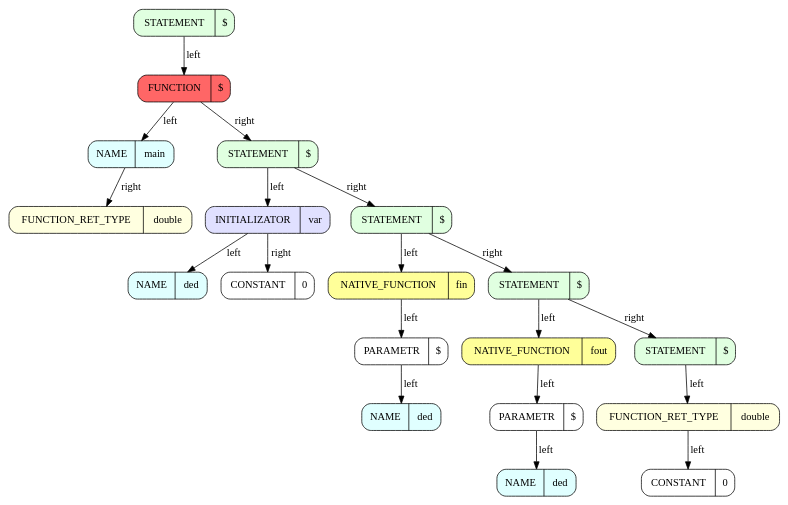
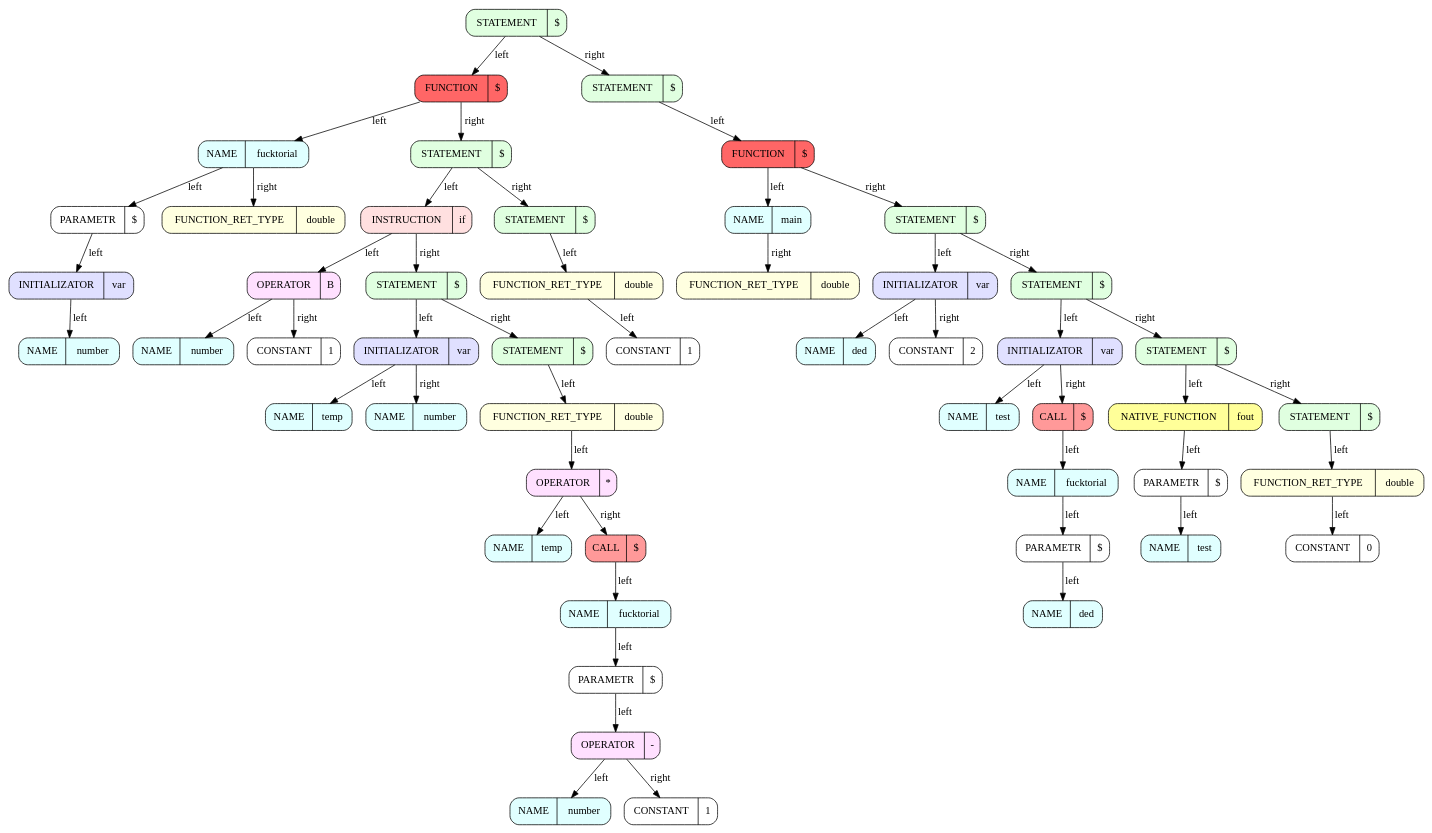
Before and after one commit to ArsenySamoylov/Asm: the diagram in x86BackEnd/BackEnd/graphics/dot/kek_back_End.dot, drawn with Graphviz. The commit also changed 21 other files, not shown here.

```diff
--- a/x86BackEnd/BackEnd/graphics/dot/kek_back_End.dot
+++ b/x86BackEnd/BackEnd/graphics/dot/kek_back_End.dot
@@ -1,44 +1,108 @@
 ########################################################### SetDot
 digraph 
 {
 rankdir = TB # RANKDIR
-		node_0x556dad299260 [style = filled, fillcolor = "#E0FFE0", shape = Mrecord label =  "STATEMENT | {$}"]
-		node_0x556dad299298 [style = filled, fillcolor = "#FF6666", shape = Mrecord label =  "FUNCTION | {$}"]
-		node_0x556dad2992d0 [style = filled, fillcolor = "#E0FFFF", shape = Mrecord label =  "NAME | {main}"]
-		node_0x556dad299308 [style = filled, fillcolor = "#FFFFE0", shape = Mrecord label =  "FUNCTION_RET_TYPE | {double}"]
-		node_0x556dad2992d0 -> node_0x556dad299308 [label = "right"]
-		node_0x556dad299298 -> node_0x556dad2992d0 [label = "left"]
-		node_0x556dad299340 [style = filled, fillcolor = "#E0FFE0", shape = Mrecord label =  "STATEMENT | {$}"]
-		node_0x556dad299378 [style = filled, fillcolor = "#E0E0FF", shape = Mrecord label =  "INITIALIZATOR | {var}"]
-		node_0x556dad2993b0 [style = filled, fillcolor = "#E0FFFF", shape = Mrecord label =  "NAME | {ded}"]
-		node_0x556dad299378 -> node_0x556dad2993b0 [label = "left"]
-		node_0x556dad2993e8 [style = filled, fillcolor = "#FFFFFF", shape = Mrecord label =  "CONSTANT | {0}"]
-		node_0x556dad299378 -> node_0x556dad2993e8 [label = "right"]
-		node_0x556dad299340 -> node_0x556dad299378 [label = "left"]
-		node_0x556dad299420 [style = filled, fillcolor = "#E0FFE0", shape = Mrecord label =  "STATEMENT | {$}"]
-		node_0x556dad299458 [style = filled, fillcolor = "#FFFF99", shape = Mrecord label =  "NATIVE_FUNCTION | {fin}"]
-		node_0x556dad299490 [style = filled, fillcolor = "#FFFFFF", shape = Mrecord label =  "PARAMETR | {$}"]
-		node_0x556dad2994c8 [style = filled, fillcolor = "#E0FFFF", shape = Mrecord label =  "NAME | {ded}"]
-		node_0x556dad299490 -> node_0x556dad2994c8 [label = "left"]
-		node_0x556dad299458 -> node_0x556dad299490 [label = "left"]
-		node_0x556dad299420 -> node_0x556dad299458 [label = "left"]
-		node_0x556dad299500 [style = filled, fillcolor = "#E0FFE0", shape = Mrecord label =  "STATEMENT | {$}"]
-		node_0x556dad299538 [style = filled, fillcolor = "#FFFF99", shape = Mrecord label =  "NATIVE_FUNCTION | {fout}"]
-		node_0x556dad299570 [style = filled, fillcolor = "#FFFFFF", shape = Mrecord label =  "PARAMETR | {$}"]
-		node_0x556dad2995a8 [style = filled, fillcolor = "#E0FFFF", shape = Mrecord label =  "NAME | {ded}"]
-		node_0x556dad299570 -> node_0x556dad2995a8 [label = "left"]
-		node_0x556dad299538 -> node_0x556dad299570 [label = "left"]
-		node_0x556dad299500 -> node_0x556dad299538 [label = "left"]
-		node_0x556dad2995e0 [style = filled, fillcolor = "#E0FFE0", shape = Mrecord label =  "STATEMENT | {$}"]
-		node_0x556dad299618 [style = filled, fillcolor = "#FFFFE0", shape = Mrecord label =  "FUNCTION_RET_TYPE | {double}"]
-		node_0x556dad299650 [style = filled, fillcolor = "#FFFFFF", shape = Mrecord label =  "CONSTANT | {0}"]
-		node_0x556dad299618 -> node_0x556dad299650 [label = "left"]
-		node_0x556dad2995e0 -> node_0x556dad299618 [label = "left"]
-		node_0x556dad299500 -> node_0x556dad2995e0 [label = "right"]
-		node_0x556dad299420 -> node_0x556dad299500 [label = "right"]
-		node_0x556dad299340 -> node_0x556dad299420 [label = "right"]
-		node_0x556dad299298 -> node_0x556dad299340 [label = "right"]
-		node_0x556dad299260 -> node_0x556dad299298 [label = "left"]
+		node_0x558d62630bf0 [style = filled, fillcolor = "#E0FFE0", shape = Mrecord label =  "STATEMENT | {$}"]
+		node_0x558d62630c28 [style = filled, fillcolor = "#FF6666", shape = Mrecord label =  "FUNCTION | {$}"]
+		node_0x558d62630c60 [style = filled, fillcolor = "#E0FFFF", shape = Mrecord label =  "NAME | {fucktorial}"]
+		node_0x558d62630c98 [style = filled, fillcolor = "#FFFFFF", shape = Mrecord label =  "PARAMETR | {$}"]
+		node_0x558d62630cd0 [style = filled, fillcolor = "#E0E0FF", shape = Mrecord label =  "INITIALIZATOR | {var}"]
+		node_0x558d62630d08 [style = filled, fillcolor = "#E0FFFF", shape = Mrecord label =  "NAME | {number}"]
+		node_0x558d62630cd0 -> node_0x558d62630d08 [label = "left"]
+		node_0x558d62630c98 -> node_0x558d62630cd0 [label = "left"]
+		node_0x558d62630c60 -> node_0x558d62630c98 [label = "left"]
+		node_0x558d62630d40 [style = filled, fillcolor = "#FFFFE0", shape = Mrecord label =  "FUNCTION_RET_TYPE | {double}"]
+		node_0x558d62630c60 -> node_0x558d62630d40 [label = "right"]
+		node_0x558d62630c28 -> node_0x558d62630c60 [label = "left"]
+		node_0x558d62630d78 [style = filled, fillcolor = "#E0FFE0", shape = Mrecord label =  "STATEMENT | {$}"]
+		node_0x558d62630db0 [style = filled, fillcolor = "#FFE0E0", shape = Mrecord label =  "INSTRUCTION | {if}"]
+		node_0x558d62630de8 [style = filled, fillcolor = "#FFE0FF", shape = Mrecord label =  "OPERATOR | {B}"]
+		node_0x558d62630e20 [style = filled, fillcolor = "#E0FFFF", shape = Mrecord label =  "NAME | {number}"]
+		node_0x558d62630de8 -> node_0x558d62630e20 [label = "left"]
+		node_0x558d62630e58 [style = filled, fillcolor = "#FFFFFF", shape = Mrecord label =  "CONSTANT | {1}"]
+		node_0x558d62630de8 -> node_0x558d62630e58 [label = "right"]
+		node_0x558d62630db0 -> node_0x558d62630de8 [label = "left"]
+		node_0x558d62630e90 [style = filled, fillcolor = "#E0FFE0", shape = Mrecord label =  "STATEMENT | {$}"]
+		node_0x558d62630ec8 [style = filled, fillcolor = "#E0E0FF", shape = Mrecord label =  "INITIALIZATOR | {var}"]
+		node_0x558d62630f00 [style = filled, fillcolor = "#E0FFFF", shape = Mrecord label =  "NAME | {temp}"]
+		node_0x558d62630ec8 -> node_0x558d62630f00 [label = "left"]
+		node_0x558d62630f38 [style = filled, fillcolor = "#E0FFFF", shape = Mrecord label =  "NAME | {number}"]
+		node_0x558d62630ec8 -> node_0x558d62630f38 [label = "right"]
+		node_0x558d62630e90 -> node_0x558d62630ec8 [label = "left"]
+		node_0x558d62630f70 [style = filled, fillcolor = "#E0FFE0", shape = Mrecord label =  "STATEMENT | {$}"]
+		node_0x558d62630fa8 [style = filled, fillcolor = "#FFFFE0", shape = Mrecord label =  "FUNCTION_RET_TYPE | {double}"]
+		node_0x558d62630fe0 [style = filled, fillcolor = "#FFE0FF", shape = Mrecord label =  "OPERATOR | {*}"]
+		node_0x558d62631018 [style = filled, fillcolor = "#E0FFFF", shape = Mrecord label =  "NAME | {temp}"]
+		node_0x558d62630fe0 -> node_0x558d62631018 [label = "left"]
+		node_0x558d62631050 [style = filled, fillcolor = "#FF9999", shape = Mrecord label =  "CALL | {$}"]
+		node_0x558d62631088 [style = filled, fillcolor = "#E0FFFF", shape = Mrecord label =  "NAME | {fucktorial}"]
+		node_0x558d626310c0 [style = filled, fillcolor = "#FFFFFF", shape = Mrecord label =  "PARAMETR | {$}"]
+		node_0x558d626310f8 [style = filled, fillcolor = "#FFE0FF", shape = Mrecord label =  "OPERATOR | {-}"]
+		node_0x558d62631130 [style = filled, fillcolor = "#E0FFFF", shape = Mrecord label =  "NAME | {number}"]
+		node_0x558d626310f8 -> node_0x558d62631130 [label = "left"]
+		node_0x558d62631168 [style = filled, fillcolor = "#FFFFFF", shape = Mrecord label =  "CONSTANT | {1}"]
+		node_0x558d626310f8 -> node_0x558d62631168 [label = "right"]
+		node_0x558d626310c0 -> node_0x558d626310f8 [label = "left"]
+		node_0x558d62631088 -> node_0x558d626310c0 [label = "left"]
+		node_0x558d62631050 -> node_0x558d62631088 [label = "left"]
+		node_0x558d62630fe0 -> node_0x558d62631050 [label = "right"]
+		node_0x558d62630fa8 -> node_0x558d62630fe0 [label = "left"]
+		node_0x558d62630f70 -> node_0x558d62630fa8 [label = "left"]
+		node_0x558d62630e90 -> node_0x558d62630f70 [label = "right"]
+		node_0x558d62630db0 -> node_0x558d62630e90 [label = "right"]
+		node_0x558d62630d78 -> node_0x558d62630db0 [label = "left"]
+		node_0x558d626311a0 [style = filled, fillcolor = "#E0FFE0", shape = Mrecord label =  "STATEMENT | {$}"]
+		node_0x558d626311d8 [style = filled, fillcolor = "#FFFFE0", shape = Mrecord label =  "FUNCTION_RET_TYPE | {double}"]
+		node_0x558d62631210 [style = filled, fillcolor = "#FFFFFF", shape = Mrecord label =  "CONSTANT | {1}"]
+		node_0x558d626311d8 -> node_0x558d62631210 [label = "left"]
+		node_0x558d626311a0 -> node_0x558d626311d8 [label = "left"]
+		node_0x558d62630d78 -> node_0x558d626311a0 [label = "right"]
+		node_0x558d62630c28 -> node_0x558d62630d78 [label = "right"]
+		node_0x558d62630bf0 -> node_0x558d62630c28 [label = "left"]
+		node_0x558d62631248 [style = filled, fillcolor = "#E0FFE0", shape = Mrecord label =  "STATEMENT | {$}"]
+		node_0x558d62631280 [style = filled, fillcolor = "#FF6666", shape = Mrecord label =  "FUNCTION | {$}"]
+		node_0x558d626312b8 [style = filled, fillcolor = "#E0FFFF", shape = Mrecord label =  "NAME | {main}"]
+		node_0x558d626312f0 [style = filled, fillcolor = "#FFFFE0", shape = Mrecord label =  "FUNCTION_RET_TYPE | {double}"]
+		node_0x558d626312b8 -> node_0x558d626312f0 [label = "right"]
+		node_0x558d62631280 -> node_0x558d626312b8 [label = "left"]
+		node_0x558d62631328 [style = filled, fillcolor = "#E0FFE0", shape = Mrecord label =  "STATEMENT | {$}"]
+		node_0x558d62631360 [style = filled, fillcolor = "#E0E0FF", shape = Mrecord label =  "INITIALIZATOR | {var}"]
+		node_0x558d62631398 [style = filled, fillcolor = "#E0FFFF", shape = Mrecord label =  "NAME | {ded}"]
+		node_0x558d62631360 -> node_0x558d62631398 [label = "left"]
+		node_0x558d626313d0 [style = filled, fillcolor = "#FFFFFF", shape = Mrecord label =  "CONSTANT | {2}"]
+		node_0x558d62631360 -> node_0x558d626313d0 [label = "right"]
+		node_0x558d62631328 -> node_0x558d62631360 [label = "left"]
+		node_0x558d62631408 [style = filled, fillcolor = "#E0FFE0", shape = Mrecord label =  "STATEMENT | {$}"]
+		node_0x558d62631440 [style = filled, fillcolor = "#E0E0FF", shape = Mrecord label =  "INITIALIZATOR | {var}"]
+		node_0x558d62631478 [style = filled, fillcolor = "#E0FFFF", shape = Mrecord label =  "NAME | {test}"]
+		node_0x558d62631440 -> node_0x558d62631478 [label = "left"]
+		node_0x558d626314b0 [style = filled, fillcolor = "#FF9999", shape = Mrecord label =  "CALL | {$}"]
+		node_0x558d626314e8 [style = filled, fillcolor = "#E0FFFF", shape = Mrecord label =  "NAME | {fucktorial}"]
+		node_0x558d62631520 [style = filled, fillcolor = "#FFFFFF", shape = Mrecord label =  "PARAMETR | {$}"]
+		node_0x558d62631558 [style = filled, fillcolor = "#E0FFFF", shape = Mrecord label =  "NAME | {ded}"]
+		node_0x558d62631520 -> node_0x558d62631558 [label = "left"]
+		node_0x558d626314e8 -> node_0x558d62631520 [label = "left"]
+		node_0x558d626314b0 -> node_0x558d626314e8 [label = "left"]
+		node_0x558d62631440 -> node_0x558d626314b0 [label = "right"]
+		node_0x558d62631408 -> node_0x558d62631440 [label = "left"]
+		node_0x558d62631590 [style = filled, fillcolor = "#E0FFE0", shape = Mrecord label =  "STATEMENT | {$}"]
+		node_0x558d626315c8 [style = filled, fillcolor = "#FFFF99", shape = Mrecord label =  "NATIVE_FUNCTION | {fout}"]
+		node_0x558d62631600 [style = filled, fillcolor = "#FFFFFF", shape = Mrecord label =  "PARAMETR | {$}"]
+		node_0x558d62631638 [style = filled, fillcolor = "#E0FFFF", shape = Mrecord label =  "NAME | {test}"]
+		node_0x558d62631600 -> node_0x558d62631638 [label = "left"]
+		node_0x558d626315c8 -> node_0x558d62631600 [label = "left"]
+		node_0x558d62631590 -> node_0x558d626315c8 [label = "left"]
+		node_0x558d62631670 [style = filled, fillcolor = "#E0FFE0", shape = Mrecord label =  "STATEMENT | {$}"]
+		node_0x558d626316a8 [style = filled, fillcolor = "#FFFFE0", shape = Mrecord label =  "FUNCTION_RET_TYPE | {double}"]
+		node_0x558d626316e0 [style = filled, fillcolor = "#FFFFFF", shape = Mrecord label =  "CONSTANT | {0}"]
+		node_0x558d626316a8 -> node_0x558d626316e0 [label = "left"]
+		node_0x558d62631670 -> node_0x558d626316a8 [label = "left"]
+		node_0x558d62631590 -> node_0x558d62631670 [label = "right"]
+		node_0x558d62631408 -> node_0x558d62631590 [label = "right"]
+		node_0x558d62631328 -> node_0x558d62631408 [label = "right"]
+		node_0x558d62631280 -> node_0x558d62631328 [label = "right"]
+		node_0x558d62631248 -> node_0x558d62631280 [label = "left"]
+		node_0x558d62630bf0 -> node_0x558d62631248 [label = "right"]
 ########################################################### SetEndDot
 
 }
```
